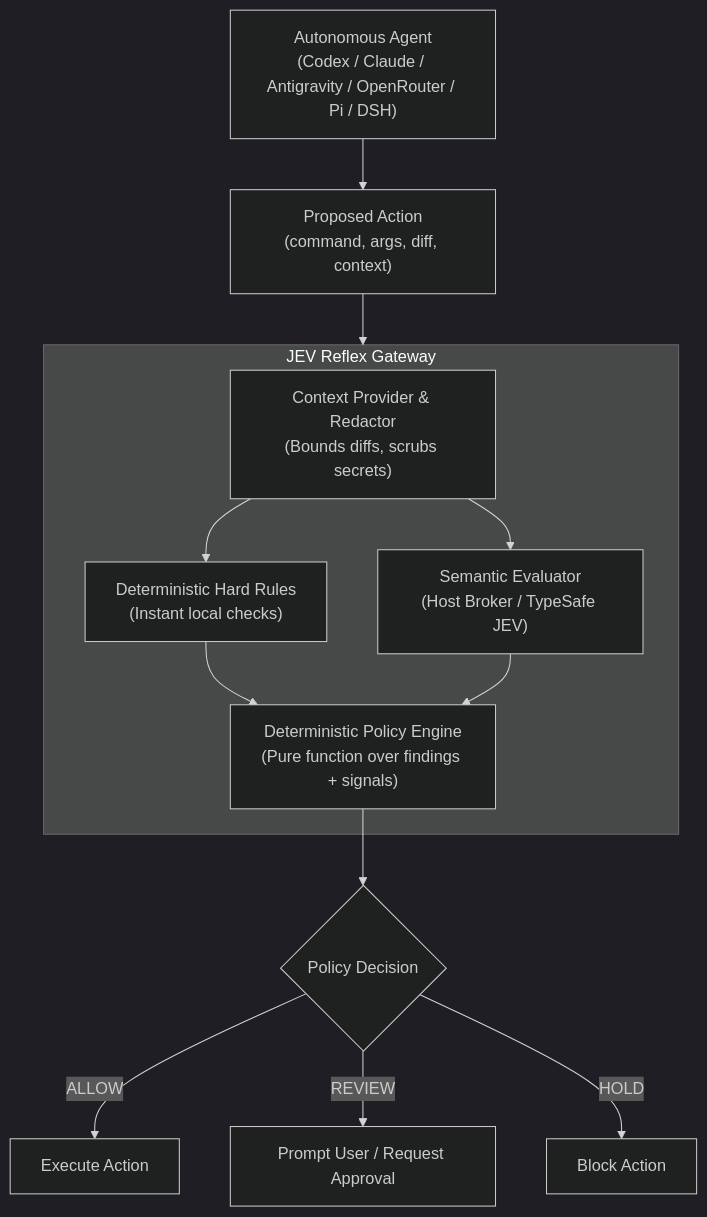
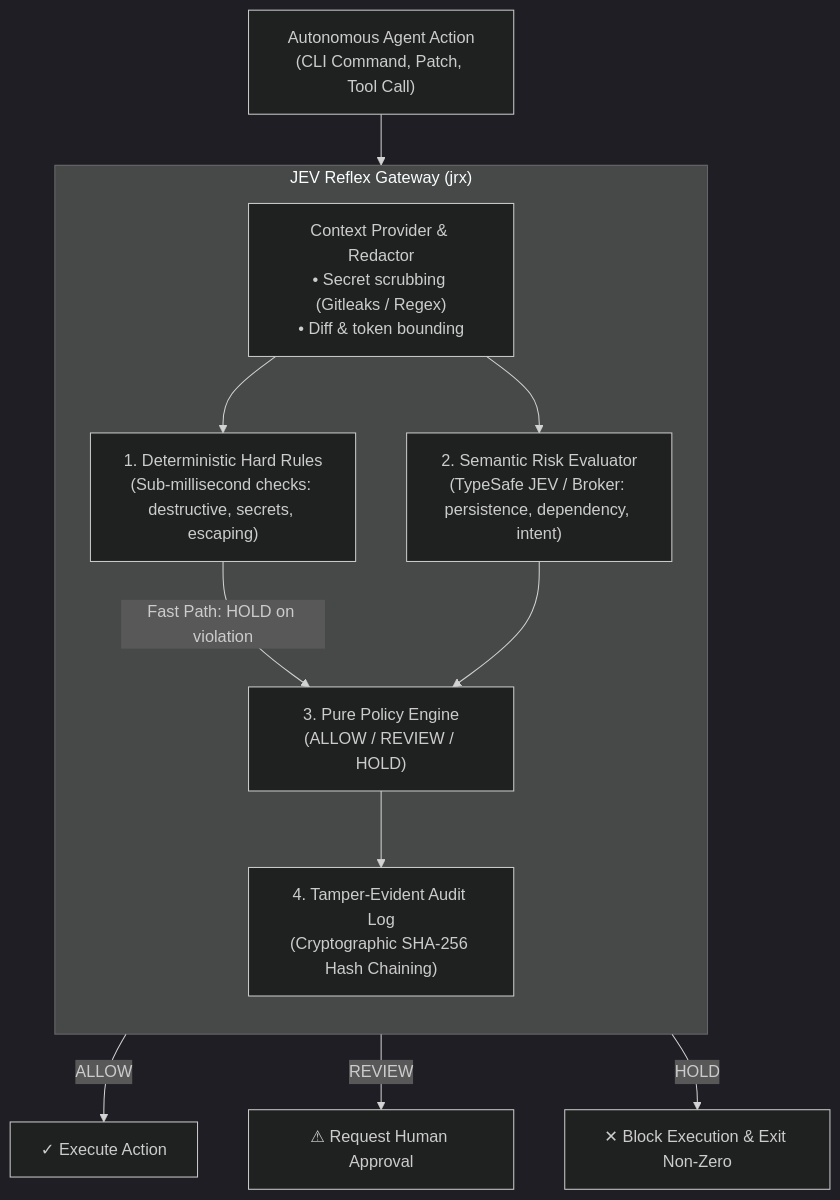
One commit to Madhumasa84/jrx changed the diagram in README.md. Above: the diagram before and after it, drawn with Mermaid (dark theme). The commit also changed other lines of this file and 19 other files, not shown here.

````diff
--- a/README.md
+++ b/README.md
@@ -26,22 +41,24 @@
 ```mermaid
 flowchart TD
-    A["Autonomous Agent<br/>(Codex / Claude / Antigravity / OpenRouter / Pi / DSH)"] --> B["Proposed Action<br/>(command, args, diff, context)"]
-    B --> C["JEV Reflex Gateway"]
-    
-    subgraph C ["JEV Reflex Gateway"]
-        D["Context Provider & Redactor<br/>(Bounds diffs, scrubs secrets)"]
-        E["Deterministic Hard Rules<br/>(Instant local checks)"]
-        F["Semantic Evaluator<br/>(Host Broker / TypeSafe JEV)"]
-        G["Deterministic Policy Engine<br/>(Pure function over findings + signals)"]
+    Agent["Autonomous Agent Action<br/>(CLI Command, Patch, Tool Call)"] --> Gateway["JEV Reflex Gateway"]
+
+    subgraph Gateway ["JEV Reflex Gateway (jrx)"]
+        direction TB
+        Context["Context Provider & Redactor<br/>• Secret scrubbing (Gitleaks / Regex)<br/>• Diff & token bounding"]
         
-        D --> E
-        D --> F
-        E --> G
-        F --> G
+        HardChecks["1. Deterministic Hard Rules<br/>(Sub-millisecond checks: destructive, secrets, escaping)"]
+        Semantic["2. Semantic Risk Evaluator<br/>(TypeSafe JEV / Broker: persistence, dependency, intent)"]
+        Policy["3. Pure Policy Engine<br/>(ALLOW / REVIEW / HOLD)"]
+        Audit["4. Tamper-Evident Audit Log<br/>(Cryptographic SHA-256 Hash Chaining)"]
+
+        Context --> HardChecks
+        Context --> Semantic
+        HardChecks -->|Fast Path: HOLD on violation| Policy
+        Semantic --> Policy
+        Policy --> Audit
     end
 
-    G --> H{"Policy Decision"}
-    H -->|ALLOW| I["Execute Action"]
-    H -->|REVIEW| J["Prompt User / Request Approval"]
-    H -->|HOLD| K["Block Action"]
+    Policy -->|ALLOW| Exec["✓ Execute Action"]
+    Policy -->|REVIEW| User["⚠ Request Human Approval"]
+    Policy -->|HOLD| Block["✕ Block Execution & Exit Non-Zero"]
 ```
````
